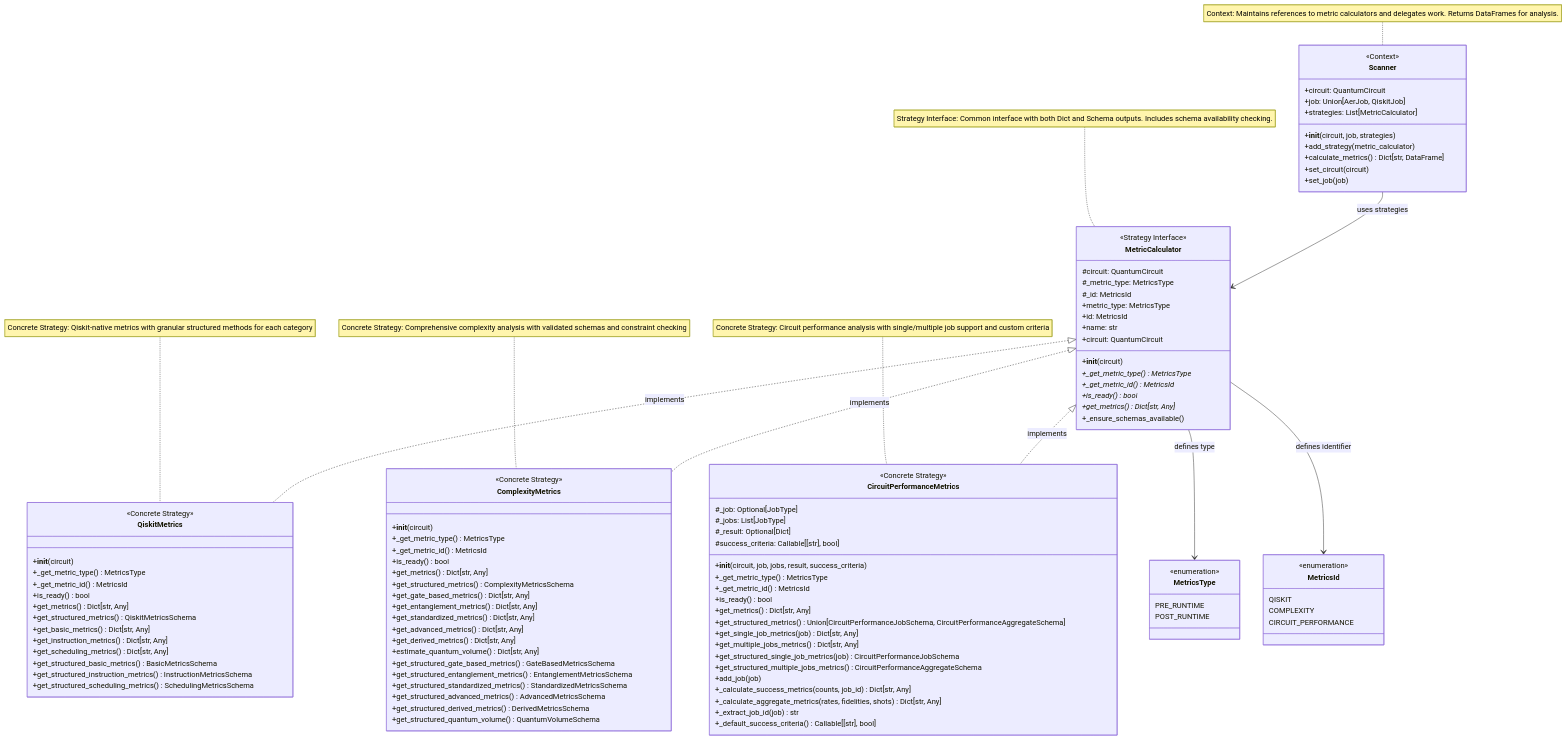
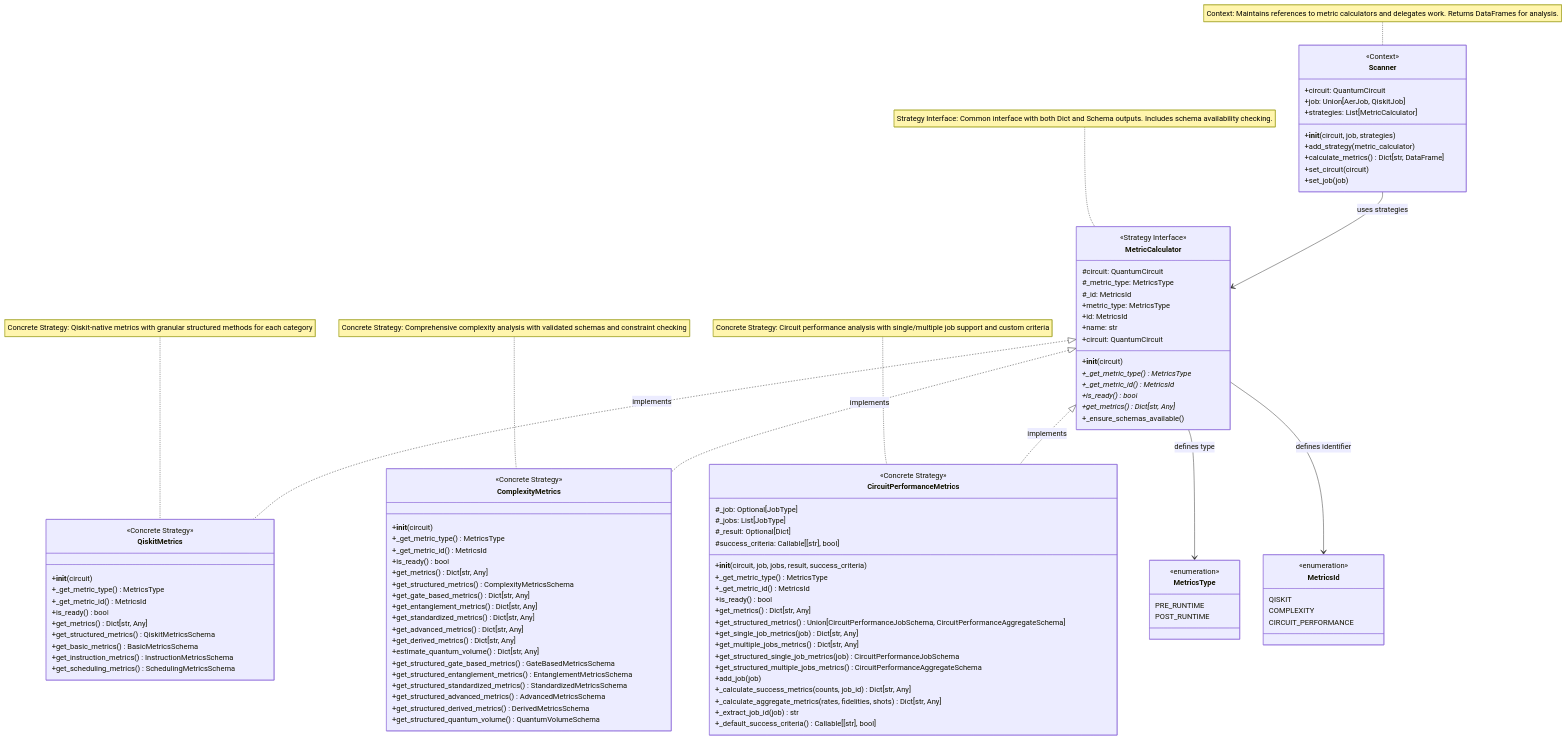
The third of 4 diagrams in docs/architecture.md (xthecapx/qiskit-qward), drawn with Mermaid before and after one commit. The commit also changed other lines of this file and 53 other files, not shown here.

```diff
--- a/docs/architecture.md
+++ b/docs/architecture.md
@@ -221,12 +223,9 @@
         +is_ready() bool
         +get_metrics() Dict[str, Any]
         +get_structured_metrics() QiskitMetricsSchema
-        +get_basic_metrics() Dict[str, Any]
-        +get_instruction_metrics() Dict[str, Any]
-        +get_scheduling_metrics() Dict[str, Any]
-        +get_structured_basic_metrics() BasicMetricsSchema
-        +get_structured_instruction_metrics() InstructionMetricsSchema
-        +get_structured_scheduling_metrics() SchedulingMetricsSchema
+        +get_basic_metrics() BasicMetricsSchema
+        +get_instruction_metrics() InstructionMetricsSchema
+        +get_scheduling_metrics() SchedulingMetricsSchema
     }
 
     class ComplexityMetrics {
```
